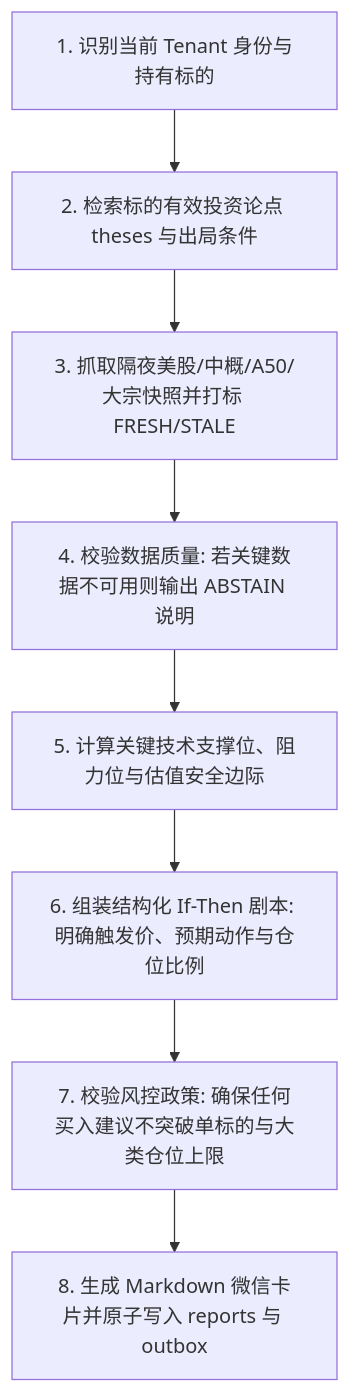
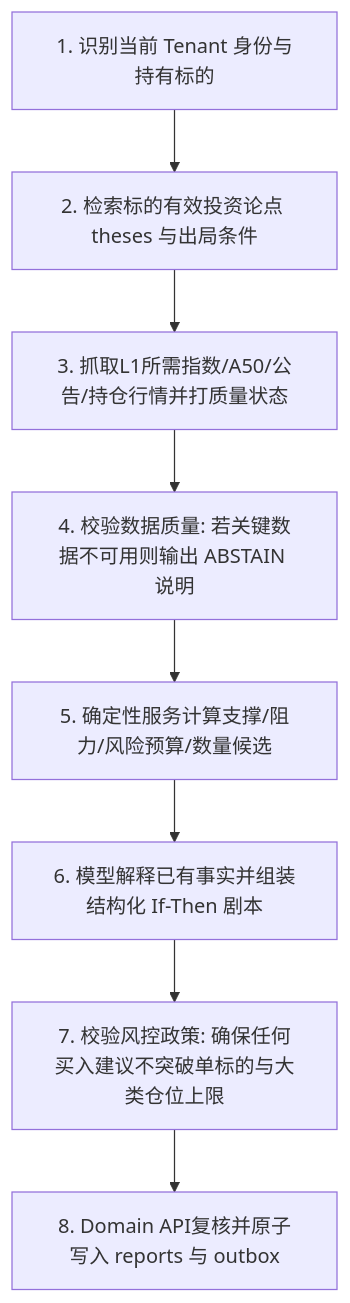
The diagram in skills/premarket_briefing/SKILL.md (sinojelly/wealthsail), drawn with Mermaid before and after one commit. The commit also changed other lines of this file and 30 other files, not shown here.

First line of the commit message:
docs: align restored WealthSail detail with phased architecture

````diff
--- a/skills/premarket_briefing/SKILL.md
+++ b/skills/premarket_briefing/SKILL.md
@@ -16,10 +18,10 @@
 ```mermaid
 flowchart TD
     Step1[1. 识别当前 Tenant 身份与持有标的] --> Step2[2. 检索标的有效投资论点 theses 与出局条件]
-    Step2 --> Step3[3. 抓取隔夜美股/中概/A50/大宗快照并打标 FRESH/STALE]
+    Step2 --> Step3[3. 抓取L1所需指数/A50/公告/持仓行情并打质量状态]
     Step3 --> Step4[4. 校验数据质量: 若关键数据不可用则输出 ABSTAIN 说明]
-    Step4 --> Step5[5. 计算关键技术支撑位、阻力位与估值安全边际]
-    Step5 --> Step6[6. 组装结构化 If-Then 剧本: 明确触发价、预期动作与仓位比例]
+    Step4 --> Step5[5. 确定性服务计算支撑/阻力/风险预算/数量候选]
+    Step5 --> Step6[6. 模型解释已有事实并组装结构化 If-Then 剧本]
     Step6 --> Step7[7. 校验风控政策: 确保任何买入建议不突破单标的与大类仓位上限]
-    Step7 --> Step8[8. 生成 Markdown 微信卡片并原子写入 reports 与 outbox]
+    Step7 --> Step8[8. Domain API复核并原子写入 reports 与 outbox]
 ```
````
